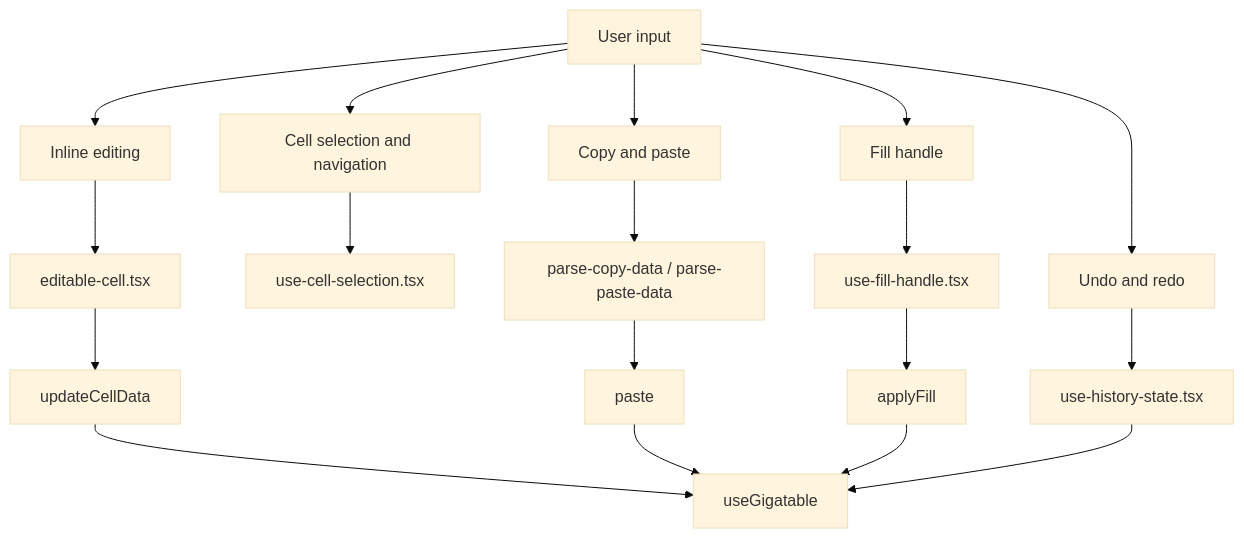
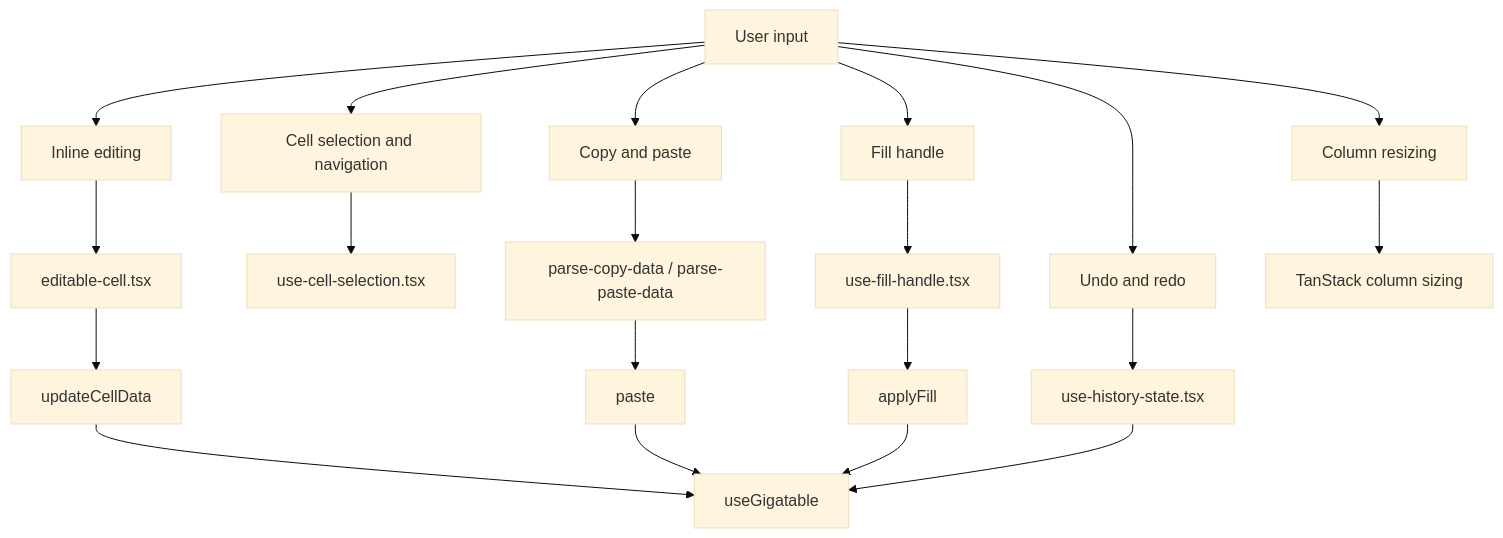
One commit to aikenahac/gigatable changed the first of 2 diagrams in src/docs/content/contributor-interactions.md. Above: the diagram before and after it, drawn with Mermaid (base theme). The commit also changed other lines of this file and 10 other files, not shown here.

Commit message:
Add column resizing feature to Gigatable

````diff
--- a/src/docs/content/contributor-interactions.md
+++ b/src/docs/content/contributor-interactions.md
@@ -7,23 +7,25 @@
 ```mermaid
 graph TD
   User["User input"]
   User --> Select["Cell selection and navigation"]
   User --> Edit["Inline editing"]
   User --> Clipboard["Copy and paste"]
   User --> Fill["Fill handle"]
+  User --> Resize["Column resizing"]
   User --> History["Undo and redo"]
 
   Select --> SelectionHook["use-cell-selection.tsx"]
   Edit --> EditableCell["editable-cell.tsx"]
   Clipboard --> CopyPaste["parse-copy-data / parse-paste-data"]
   Fill --> FillHook["use-fill-handle.tsx"]
+  Resize --> TanStackSizing["TanStack column sizing"]
   History --> HistoryHook["use-history-state.tsx"]
 
   EditableCell --> Mutation["updateCellData"]
   CopyPaste --> Paste["paste"]
   FillHook --> ApplyFill["applyFill"]
   Mutation --> UseGigatable["useGigatable"]
   Paste --> UseGigatable
   ApplyFill --> UseGigatable
   HistoryHook --> UseGigatable
 ```
````
